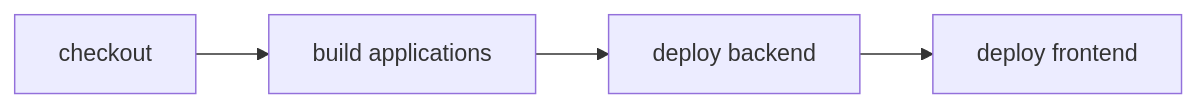
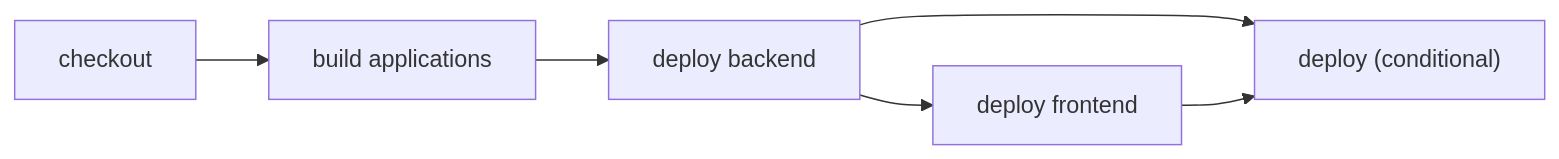
Before and after one commit to ericclemmons/effect-ci-testbed: the diagram in examples/ordered-deploy/README.md, drawn with Mermaid. The commit also changed other lines of this file and 36 other files, not shown here.

````diff
--- a/examples/ordered-deploy/README.md
+++ b/examples/ordered-deploy/README.md
@@ -5,10 +5,13 @@
 ```mermaid
 flowchart LR
   step_checkout["checkout"]
   step_build_applications["build applications"]
+  step_deploy["deploy (conditional)"]
   step_deploy_backend["deploy backend"]
   step_deploy_frontend["deploy frontend"]
   step_checkout --> step_build_applications
   step_build_applications --> step_deploy_backend
   step_deploy_backend --> step_deploy_frontend
+  step_deploy_backend --> step_deploy
+  step_deploy_frontend --> step_deploy
 ```
````
